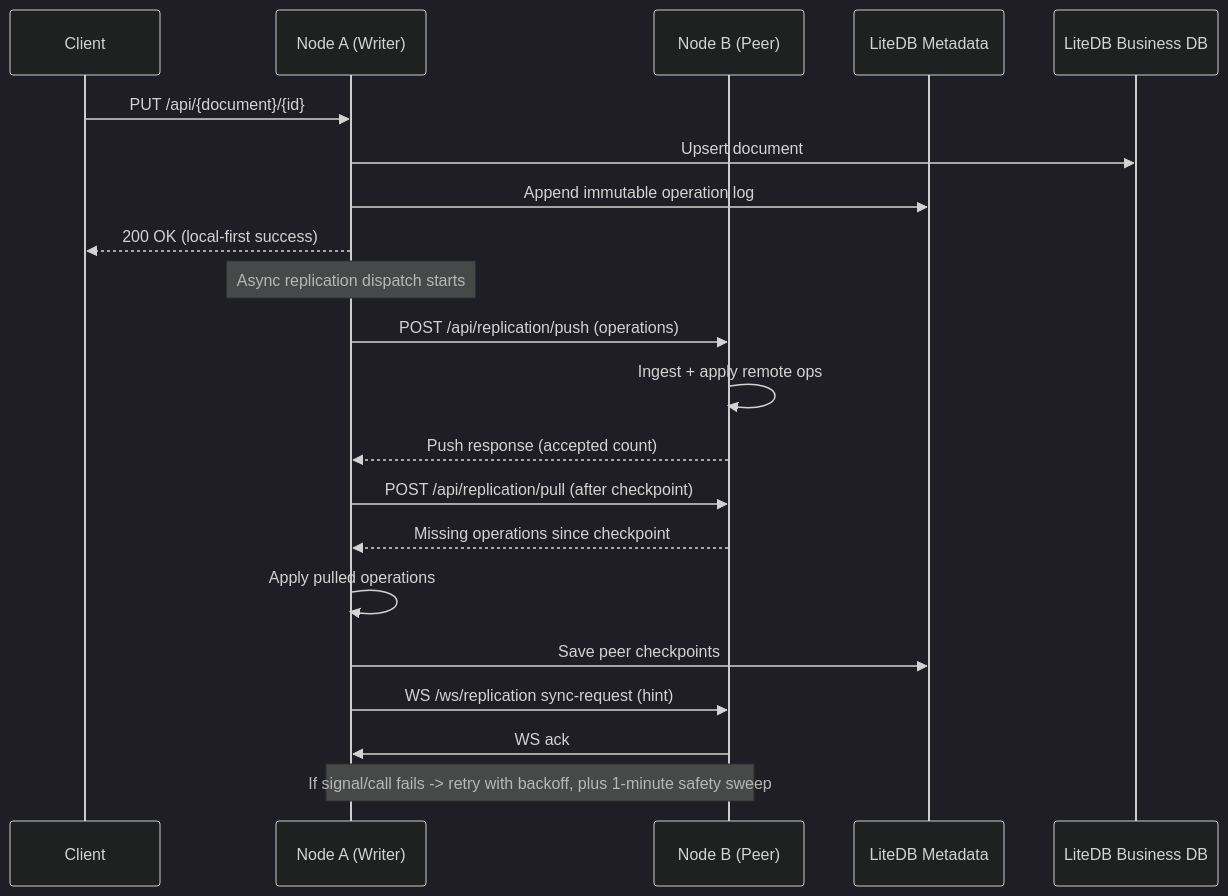
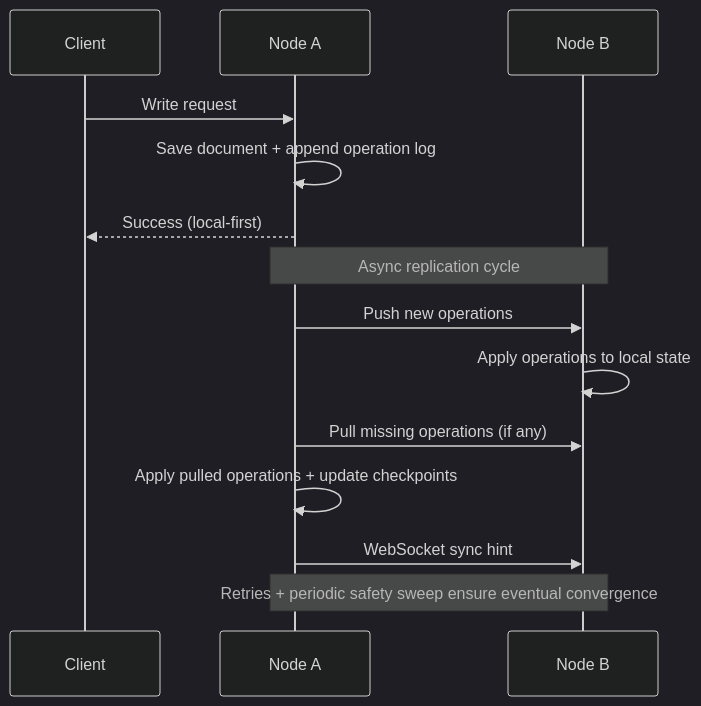
Before and after one commit to swagfin/LiteDb.Distributed: the diagram in README.md, drawn with Mermaid (dark theme). The commit also changed other lines of this file and 9 other files, not shown here.

````diff
--- a/README.md
+++ b/README.md
@@ -204,28 +204,19 @@
 ```mermaid
 sequenceDiagram
-    participant C as Client
-    participant A as Node A (Writer)
-    participant B as Node B (Peer)
-    participant M as LiteDB Metadata
-    participant D as LiteDB Business DB
+    participant Client
+    participant NodeA as Node A
+    participant NodeB as Node B
 
-    C->>A: PUT /api/{document}/{id}
-    A->>D: Upsert document
-    A->>M: Append immutable operation log
-    A-->>C: 200 OK (local-first success)
+    Client->>NodeA: Write request
+    NodeA->>NodeA: Save document + append operation log
+    NodeA-->>Client: Success (local-first)
 
-    Note over A: Async replication dispatch starts
-    A->>B: POST /api/replication/push (operations)
-    B->>B: Ingest + apply remote ops
-    B-->>A: Push response (accepted count)
+    Note over NodeA,NodeB: Async replication cycle
+    NodeA->>NodeB: Push new operations
+    NodeB->>NodeB: Apply operations to local state
+    NodeA->>NodeB: Pull missing operations (if any)
+    NodeA->>NodeA: Apply pulled operations + update checkpoints
 
-    A->>B: POST /api/replication/pull (after checkpoint)
-    B-->>A: Missing operations since checkpoint
-    A->>A: Apply pulled operations
-    A->>M: Save peer checkpoints
-
-    A->>B: WS /ws/replication sync-request (hint)
-    B->>A: WS ack
-
-    Note over A,B: If signal/call fails -> retry with backoff, plus 1-minute safety sweep
+    NodeA->>NodeB: WebSocket sync hint
+    Note over NodeA,NodeB: Retries + periodic safety sweep ensure eventual convergence
 ```
````
